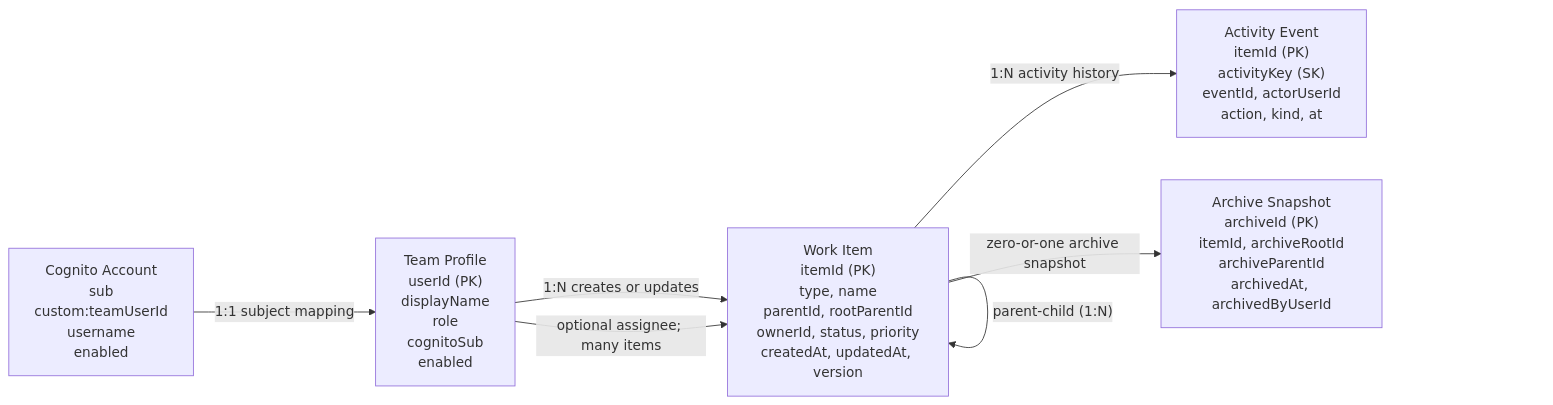
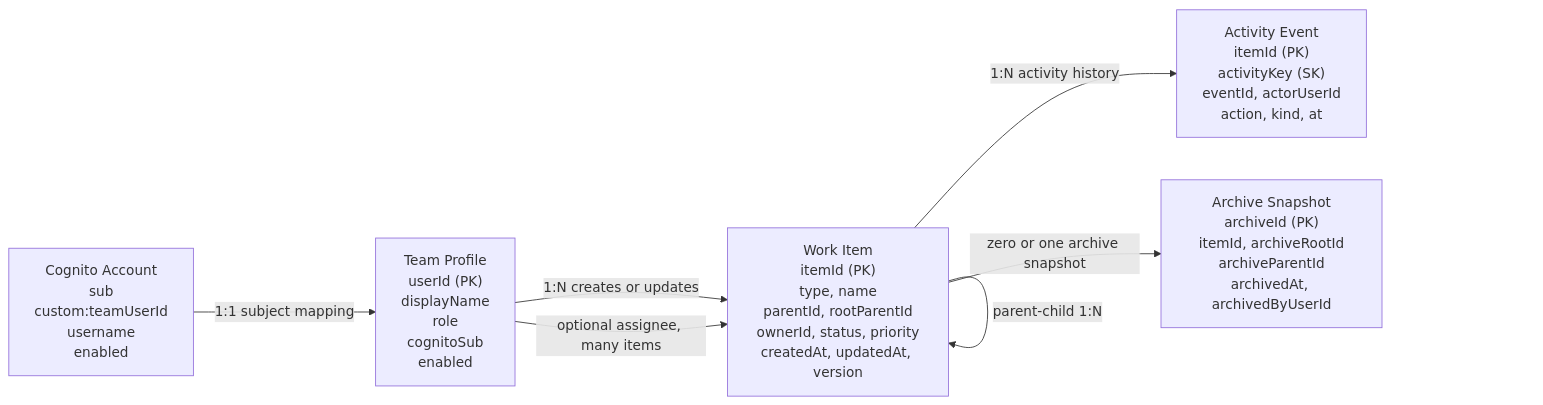
One commit to retzed/Team_Follow-Up_AWS-Deployment changed the fourth of 13 diagrams in docs/DOCUMENTATION.md. Above: the diagram before and after it, drawn with Mermaid. The commit also changed other lines of this file, not shown here.

Commit message:
Use plain Mermaid flowchart edge labels

```diff
--- a/docs/DOCUMENTATION.md
+++ b/docs/DOCUMENTATION.md
@@ -316,15 +316,15 @@
 ~~~mermaid
 flowchart LR
     COGNITO["Cognito Account<br/>sub<br/>custom:teamUserId<br/>username<br/>enabled"]
     TEAM["Team Profile<br/>userId (PK)<br/>displayName<br/>role<br/>cognitoSub<br/>enabled"]
     ITEM["Work Item<br/>itemId (PK)<br/>type, name<br/>parentId, rootParentId<br/>ownerId, status, priority<br/>createdAt, updatedAt, version"]
     ACTIVITY["Activity Event<br/>itemId (PK)<br/>activityKey (SK)<br/>eventId, actorUserId<br/>action, kind, at"]
     ARCHIVE["Archive Snapshot<br/>archiveId (PK)<br/>itemId, archiveRootId<br/>archiveParentId<br/>archivedAt, archivedByUserId"]
 
-    COGNITO -->|"1:1 subject mapping"| TEAM
-    TEAM -->|"1:N creates or updates"| ITEM
-    TEAM -->|"optional assignee; many items"| ITEM
-    ITEM -->|"parent-child (1:N)"| ITEM
-    ITEM -->|"1:N activity history"| ACTIVITY
-    ITEM -->|"zero-or-one archive snapshot"| ARCHIVE
+    COGNITO -->|1:1 subject mapping| TEAM
+    TEAM -->|1:N creates or updates| ITEM
+    TEAM -->|optional assignee, many items| ITEM
+    ITEM -->|parent-child 1:N| ITEM
+    ITEM -->|1:N activity history| ACTIVITY
+    ITEM -->|zero or one archive snapshot| ARCHIVE
 ~~~
```
